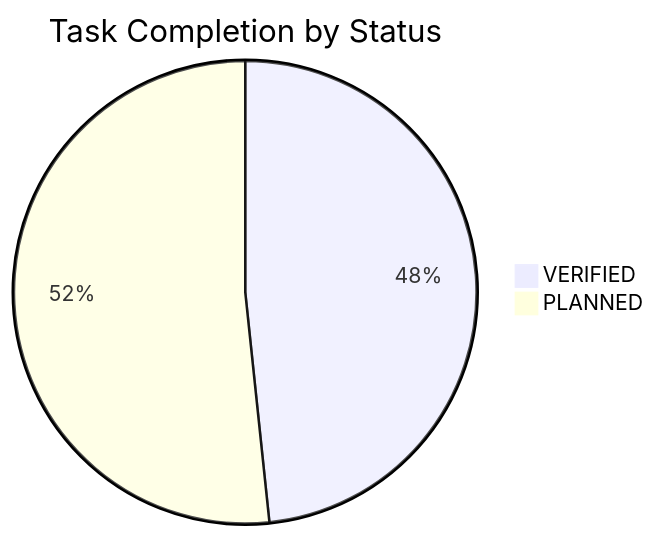
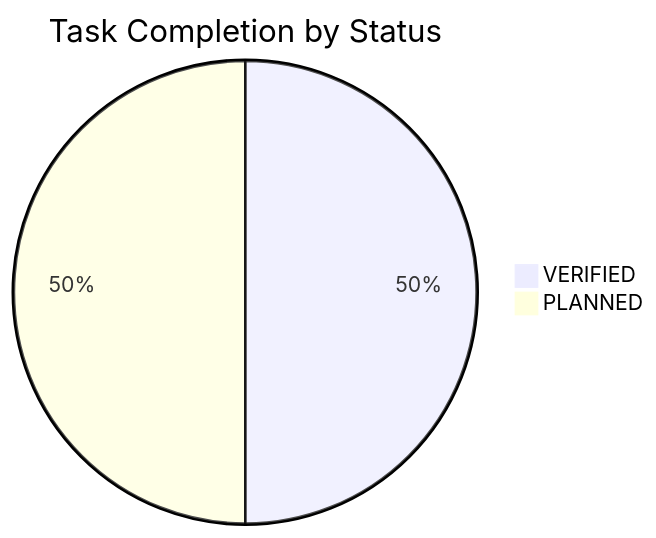
One commit to NguyenTriBaoThang/ClearWayAI changed the diagram in docs/TASK_BOARD.md. Above: the diagram before and after it, drawn with Mermaid. The commit also changed other lines of this file and 11 other files, not shown here.

````diff
--- a/docs/TASK_BOARD.md
+++ b/docs/TASK_BOARD.md
@@ -16,5 +16,5 @@
 ```mermaid
 pie title Task Completion by Status
-    "VERIFIED" : 29
-    "PLANNED" : 31
+    "VERIFIED" : 30
+    "PLANNED" : 30
 ```
````
